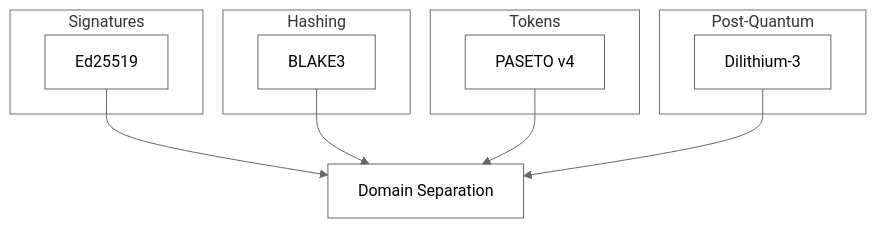
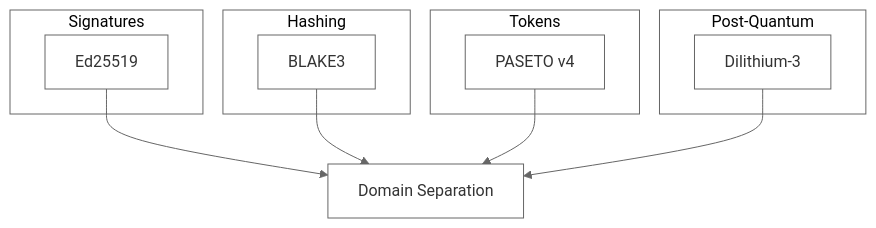
The seventh of 7 diagrams in README.md (trustorno/sigaid), drawn with Mermaid before and after one commit. The commit also changed other lines of this file, not shown here.

Commit message:
Consistent white background for all diagrams

````diff
--- a/README.md
+++ b/README.md
@@ -200,27 +166,21 @@
 ```mermaid
-%%{init: {'theme': 'neutral', 'themeVariables': { 'mainBkg': 'transparent', 'clusterBkg': 'transparent'}}}%%
+%%{init: {'theme': 'base', 'themeVariables': { 'primaryColor': '#fff', 'primaryBorderColor': '#666', 'lineColor': '#666', 'primaryTextColor': '#333', 'clusterBkg': '#fff', 'clusterBorder': '#666'}}}%%
 graph TB
     subgraph Signatures
         ED[Ed25519]
     end
 
     subgraph Hashing
         BL[BLAKE3]
     end
 
     subgraph Tokens
         PA[PASETO v4]
     end
 
     subgraph Post-Quantum
         DI[Dilithium-3]
     end
 
     ED & BL & PA & DI --> DS[Domain Separation]
-
-    style ED fill:none,stroke:#666
-    style BL fill:none,stroke:#666
-    style PA fill:none,stroke:#666
-    style DI fill:none,stroke:#666
-    style DS fill:none,stroke:#666
 ```
````
